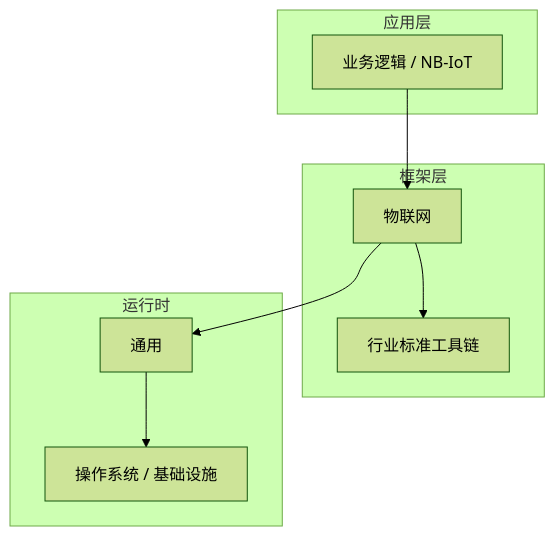
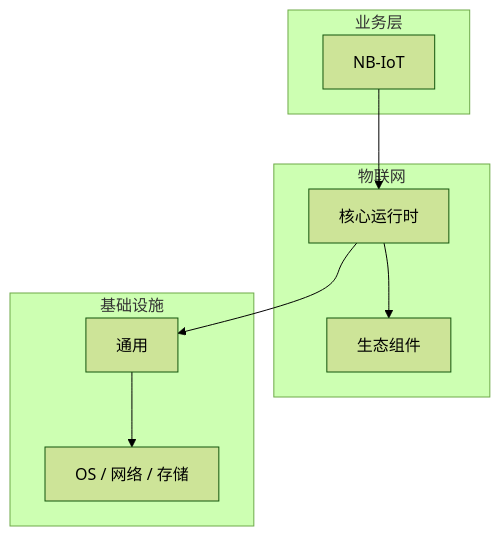
Before and after one commit to yanggan2015/knowledge-json-v2: the diagram in articles/物联网/chapters/036-NB-IoT核心概念与原理.md, drawn with Mermaid (forest theme). The commit also changed other lines of this file and 10127 other files, not shown here.

````diff
--- a/articles/物联网/chapters/036-NB-IoT核心概念与原理.md
+++ b/articles/物联网/chapters/036-NB-IoT核心概念与原理.md
@@ -45,18 +30,18 @@
 ```mermaid
 graph TB
-    subgraph 应用层
-        A[业务逻辑 / NB-IoT]
+    subgraph 业务层
+        A[NB-IoT]
     end
-    subgraph 框架层
-        B[物联网]
-        C[行业标准工具链]
+    subgraph 物联网
+        B[核心运行时]
+        C[生态组件]
     end
-    subgraph 运行时
+    subgraph 基础设施
         D[通用]
-        E[操作系统 / 基础设施]
+        E[OS / 网络 / 存储]
     end
     A --> B
     B --> C
     B --> D
     D --> E
 ```
````
